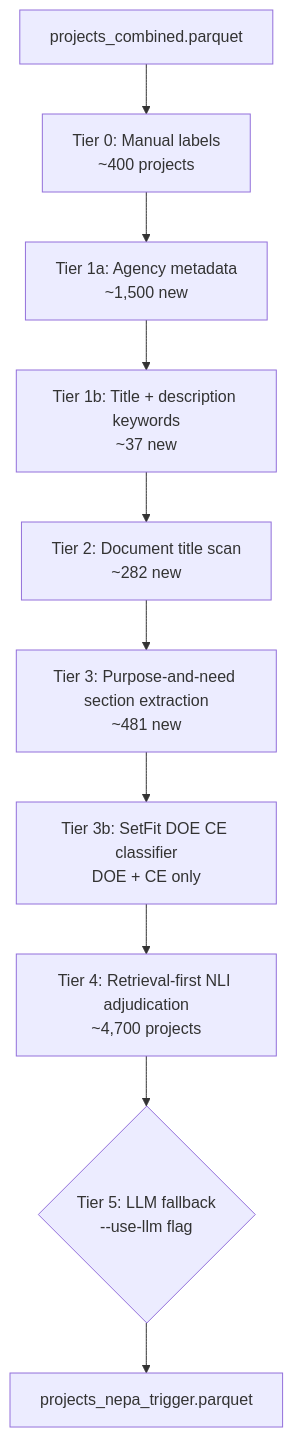
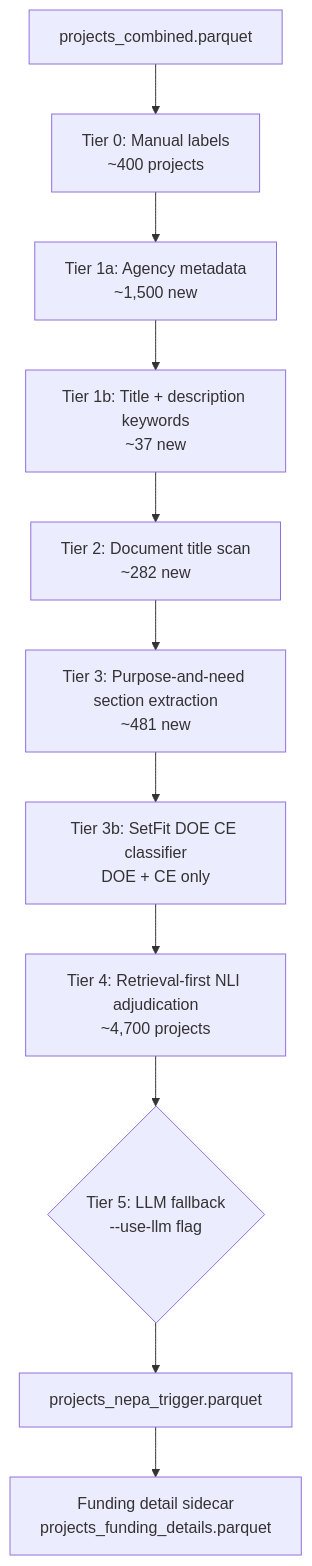
The diagram in phase2/architecture/deliverables/deliverable01.md (kaseyzapatka/nepa), drawn with Mermaid before and after one commit. The commit also changed other lines of this file and 114 other files, not shown here.

````diff
--- a/phase2/architecture/deliverables/deliverable01.md
+++ b/phase2/architecture/deliverables/deliverable01.md
@@ -11,12 +11,13 @@
 ```mermaid
 flowchart TD
     A[projects_combined.parquet] --> B[Tier 0: Manual labels\n~400 projects]
     B --> C[Tier 1a: Agency metadata\n~1,500 new]
     C --> D[Tier 1b: Title + description keywords\n~37 new]
     D --> E[Tier 2: Document title scan\n~282 new]
     E --> F[Tier 3: Purpose-and-need section extraction\n~481 new]
     F --> G[Tier 3b: SetFit DOE CE classifier\nDOE + CE only]
     G --> H[Tier 4: Retrieval-first NLI adjudication\n~4,700 projects]
     H --> I{Tier 5: LLM fallback\n--use-llm flag}
     I --> J[projects_nepa_trigger.parquet]
+    J --> K[Funding detail sidecar\nprojects_funding_details.parquet]
 ```
````
